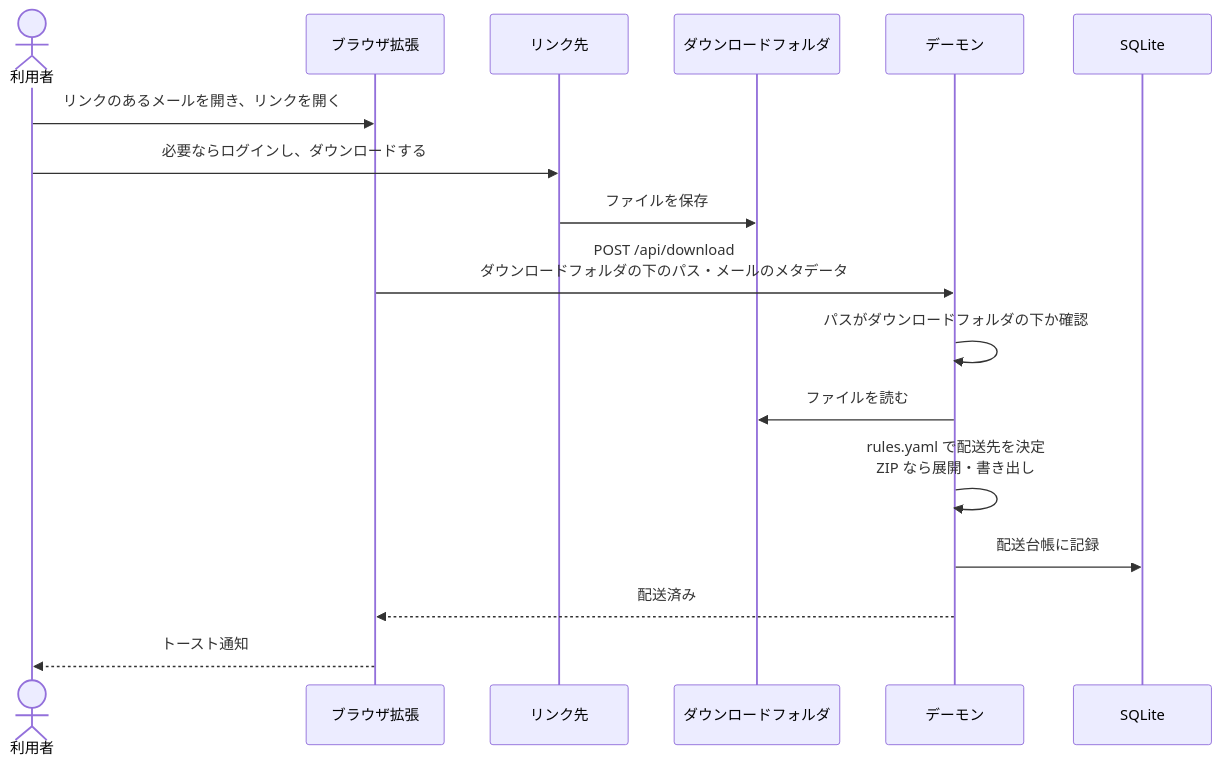
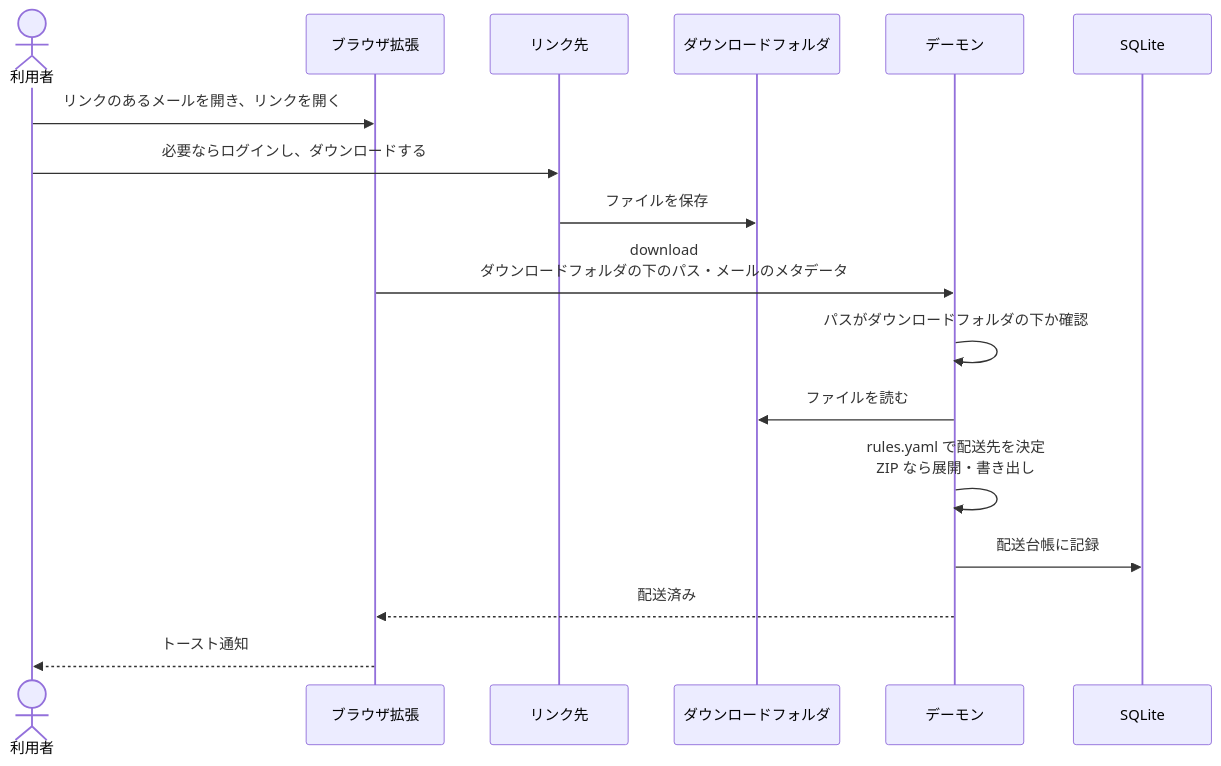
Before and after one commit to ShortArrow/ppapd: the fourth of 5 diagrams in docs/ARCHITECTURE.md, drawn with Mermaid. The commit also changed other lines of this file and 3 other files, not shown here.

````diff
--- a/docs/ARCHITECTURE.md
+++ b/docs/ARCHITECTURE.md
@@ -104,20 +104,20 @@
 ```mermaid
 sequenceDiagram
     actor U as 利用者
     participant US as ブラウザ拡張
     participant L as リンク先
     participant DL as ダウンロードフォルダ
     participant D as デーモン
     participant DB as SQLite
 
     U->>US: リンクのあるメールを開き、リンクを開く
     U->>L: 必要ならログインし、ダウンロードする
     L->>DL: ファイルを保存
-    US->>D: POST /api/download<br/>ダウンロードフォルダの下のパス・メールのメタデータ
+    US->>D: download<br/>ダウンロードフォルダの下のパス・メールのメタデータ
     D->>D: パスがダウンロードフォルダの下か確認
     D->>DL: ファイルを読む
     D->>D: rules.yaml で配送先を決定<br/>ZIP なら展開・書き出し
     D->>DB: 配送台帳に記録
     D-->>US: 配送済み
     US-->>U: トースト通知
 ```
````
